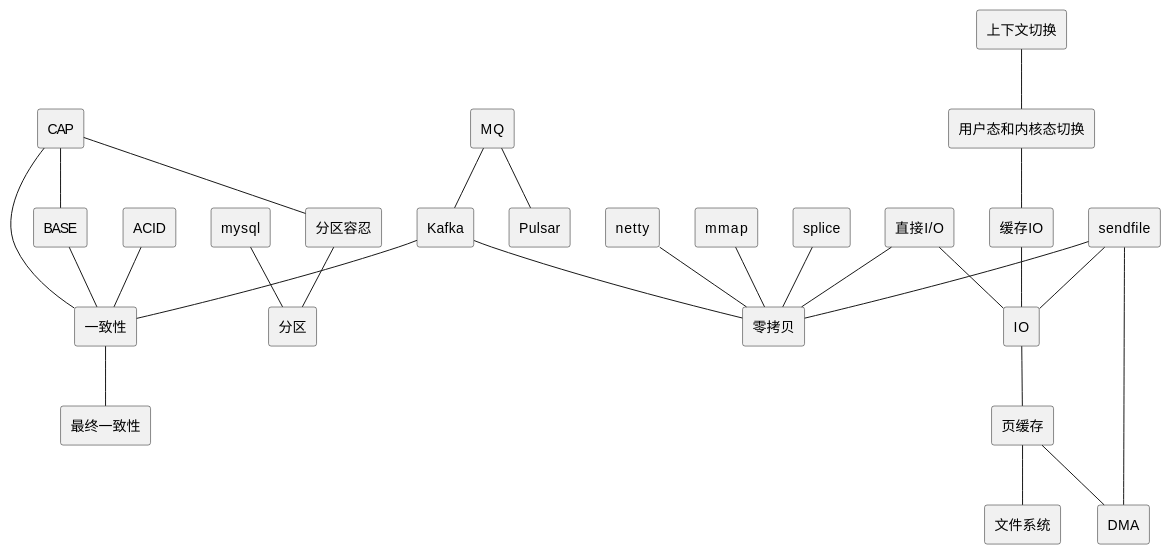
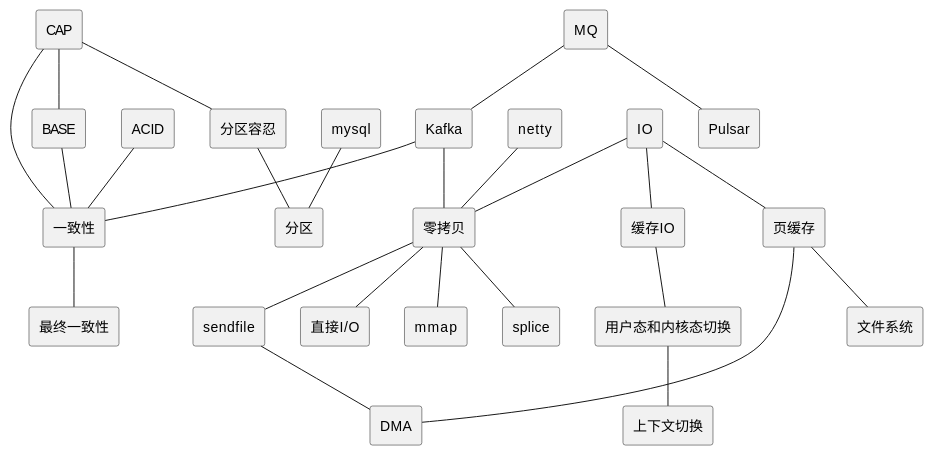
The diagram in content/post/archive-1/2015-08-06-dev-env.md (wiloon/blog), drawn with PlantUML before and after one commit. The commit also changed 9 other files, not shown here.

````diff
--- a/content/post/archive-1/2015-08-06-dev-env.md
+++ b/content/post/archive-1/2015-08-06-dev-env.md
@@ -93,56 +93,56 @@
 ```puml
 @startuml
 skinparam componentStyle rectangle
 
 [Kafka] as kafka
 [一致性] as consistency
 [最终一致性] as eventual_consistency
 [CAP] as cap
 [BASE] as base
 [分区容忍] as partition_tolerance
 [分区] as partition
 [mysql]
 [ACID] as acid
 [MQ] as mq
 [Pulsar] as pulsar
 [netty]
 [零拷贝] as zero_copy
 [IO] as io
 [缓存IO] as buffered_io
 [页缓存] as page_cache
 [sendfile] as sendfile
 [DMA] as dma
 [文件系统] as file_system
 [直接I/O] as direct_io
 [mmap]
 [splice]
 [用户态和内核态切换] as user_kernal_switch
 [上下文切换] as context_switch
+
 kafka--consistency
 cap--base
 cap--consistency
 partition_tolerance--partition
 mysql--partition
 consistency--eventual_consistency
 acid--consistency
 base--consistency
 cap--partition_tolerance
 mq--kafka
 mq--pulsar
 kafka--zero_copy
 netty--zero_copy
 io--page_cache
-buffered_io--io
-sendfile--io
+io--buffered_io
 page_cache--dma
 page_cache--file_system
-direct_io--io
-direct_io--zero_copy
-mmap--zero_copy
-sendfile--zero_copy
-splice--zero_copy
+io--zero_copy
+zero_copy--direct_io
+zero_copy--mmap
+zero_copy--sendfile
+zero_copy--splice
 sendfile--dma
-user_kernal_switch--buffered_io
-context_switch--user_kernal_switch
+buffered_io--user_kernal_switch
+user_kernal_switch--context_switch
 @enduml
 ```
````
